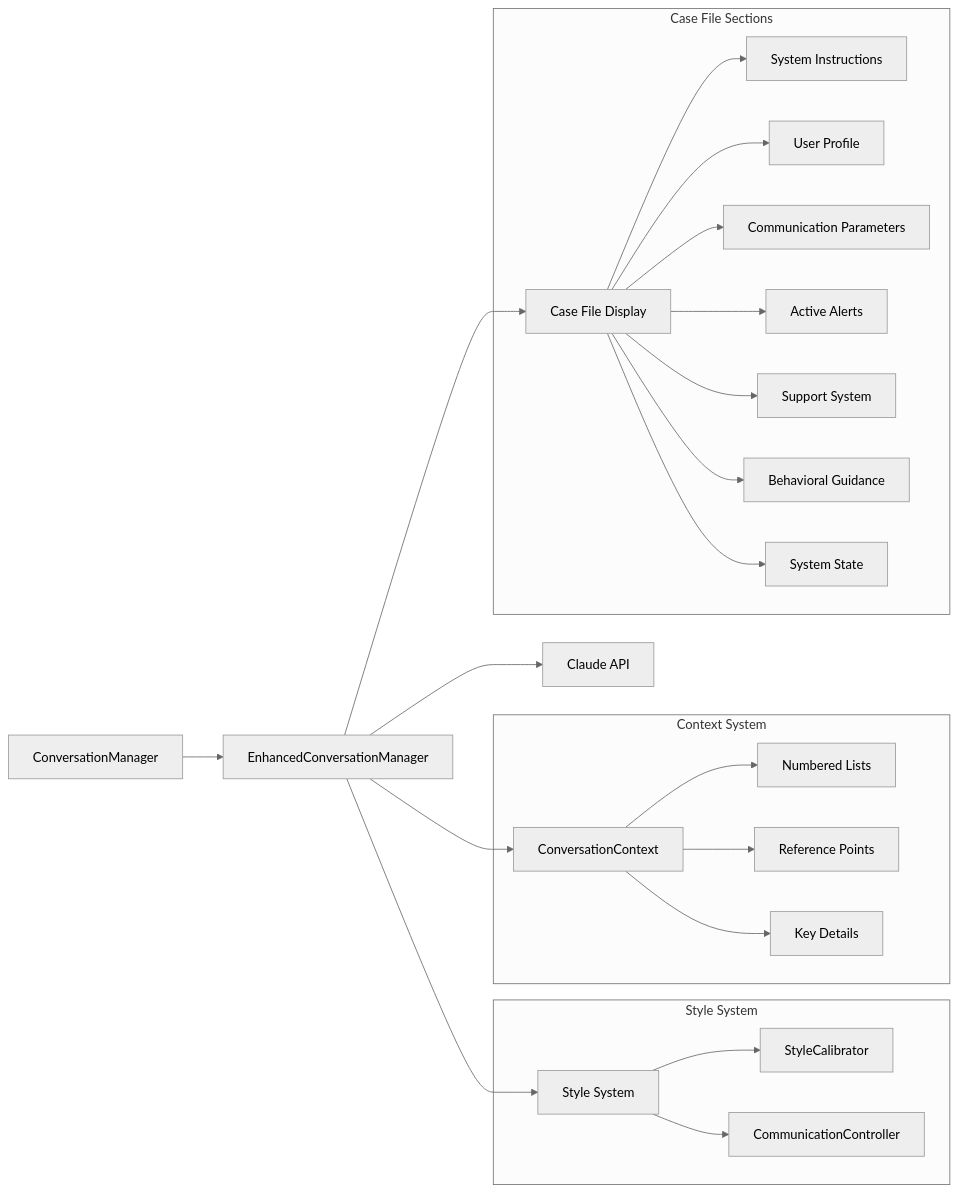
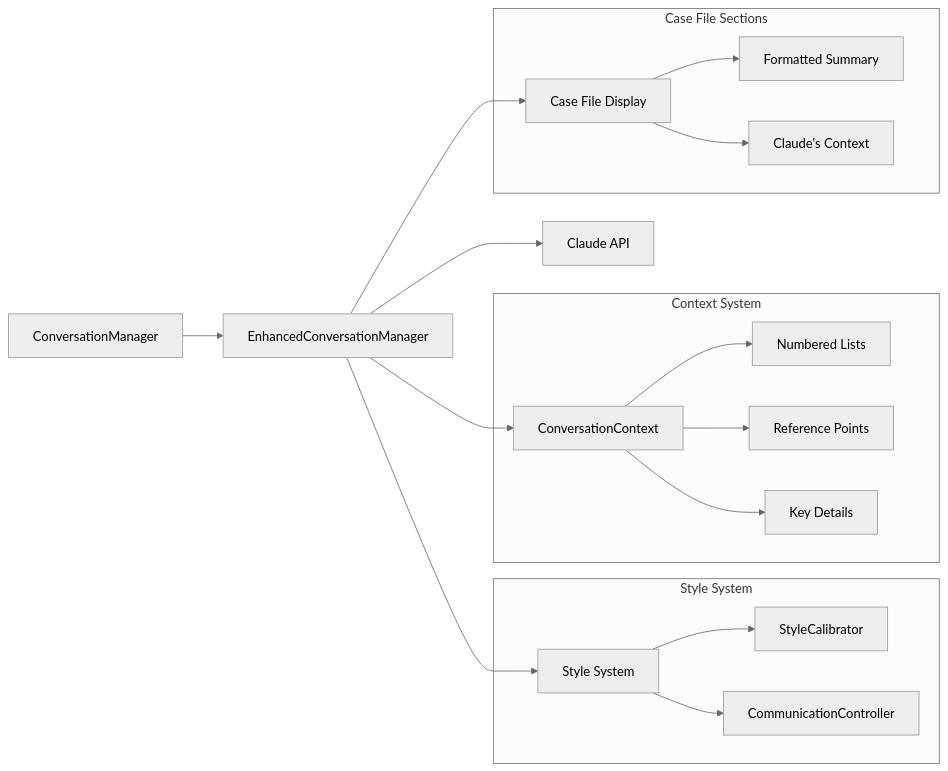
Before and after one commit to dgmulei/obi-slv2: the first of 3 diagrams in docs/02-system-architecture.md, drawn with Mermaid (neutral theme). The commit also changed other lines of this file and 8 other files, not shown here.

````diff
--- a/docs/02-system-architecture.md
+++ b/docs/02-system-architecture.md
@@ -110,29 +133,24 @@
 ```mermaid
 graph LR
     A[ConversationManager] --> B[EnhancedConversationManager]
     B --> C[ConversationContext]
     B --> D[Claude API]
     B --> E[Style System]
     B --> F[Case File Display]
     
     subgraph "Style System"
         E --> G[StyleCalibrator]
         E --> H[CommunicationController]
     end
 
     subgraph "Context System"
         C --> I[Numbered Lists]
         C --> J[Reference Points]
         C --> K[Key Details]
     end
 
     subgraph "Case File Sections"
-        F --> L[System Instructions]
-        F --> M[User Profile]
-        F --> N[Communication Parameters]
-        F --> O[Active Alerts]
-        F --> P[Support System]
-        F --> Q[Behavioral Guidance]
-        F --> R[System State]
+        F --> L[Formatted Summary]
+        F --> M[Claude's Context]
     end
 ```
````
